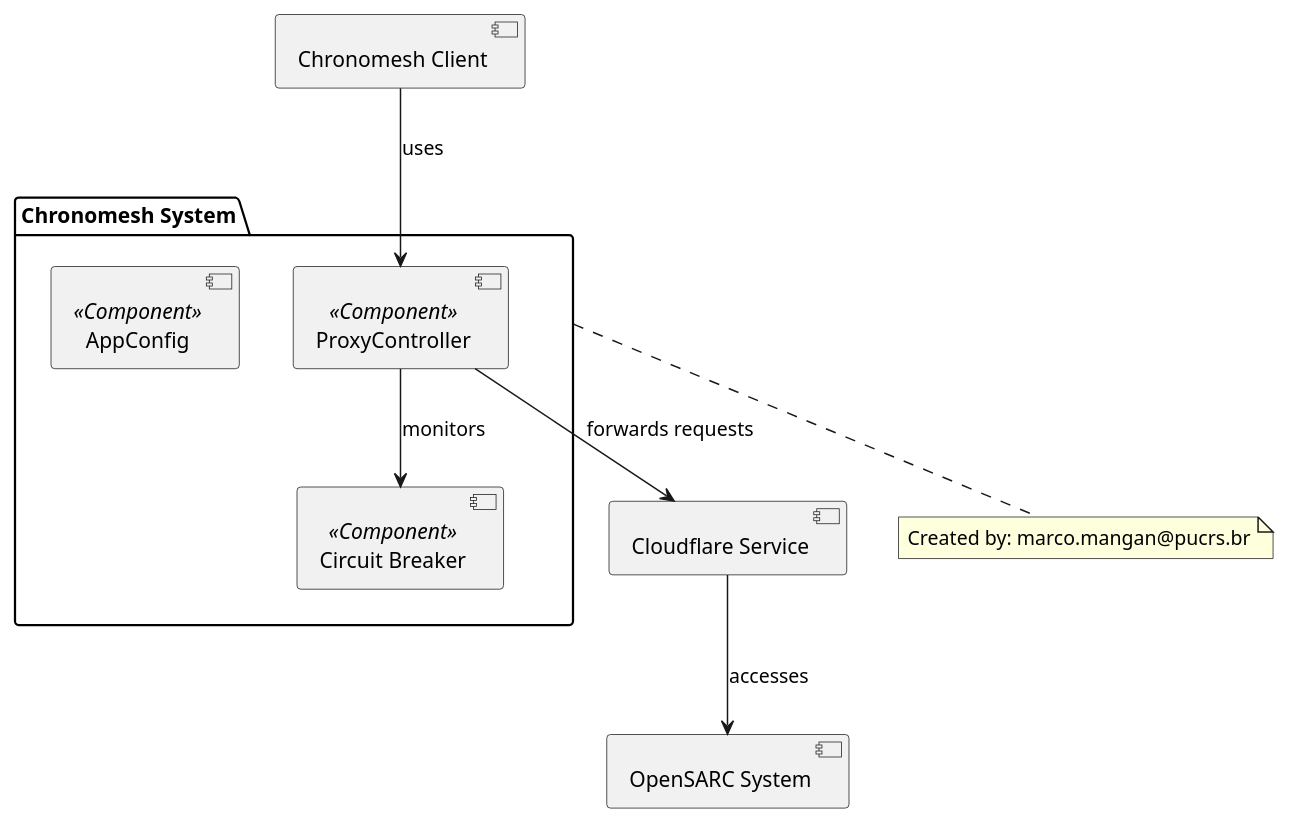
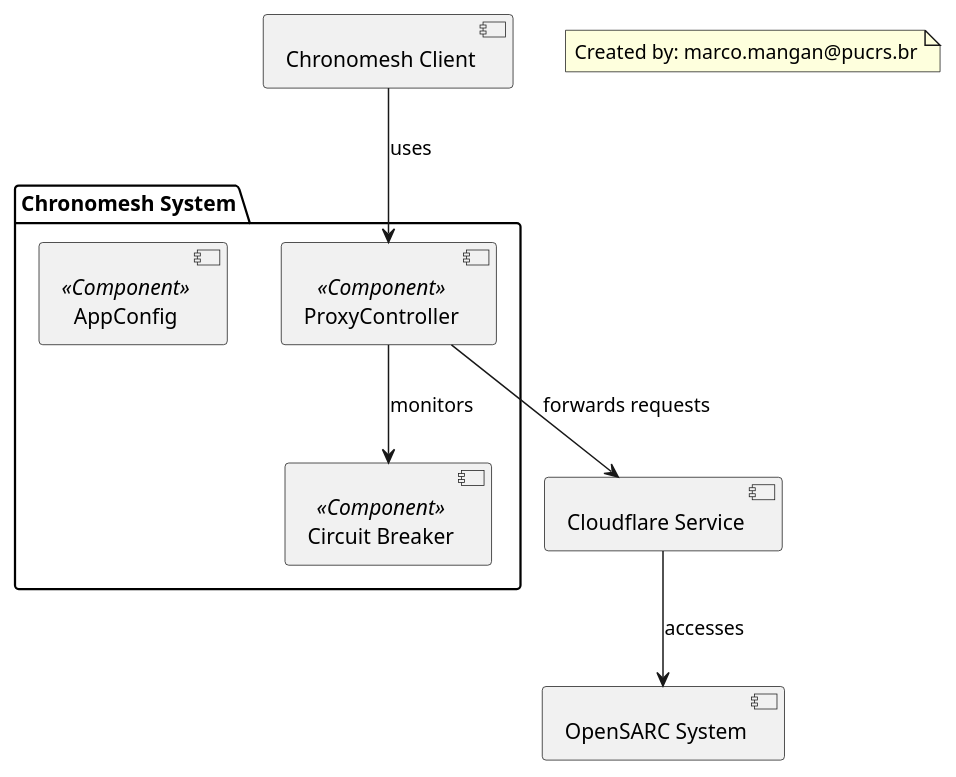
Before and after one commit to sarccloud/chronomesh: the diagram in docs/components.puml, drawn with PlantUML. The commit also changed 2 other files, not shown here.

Commit message:
This change modifies the anchor of diagram note.

```diff
--- a/docs/components.puml
+++ b/docs/components.puml
@@ -1,19 +1,19 @@
 @startuml
 ' Component Diagram for the system with Chronomesh Client, Cloudflare, and Circuit Breaker
 
 package "Chronomesh System" {
     [ProxyController] <<Component>>
     [AppConfig] <<Component>>
     [Circuit Breaker] <<Component>>
 }
 
 [Chronomesh Client] --> [ProxyController] : uses
 [ProxyController] --> [Circuit Breaker] : monitors
 [ProxyController] --> [Cloudflare Service] : forwards requests
 [Cloudflare Service] --> [OpenSARC System] : accesses
 
-note bottom of [Chronomesh System]
+note as A
   Created by: marco.mangan@pucrs.br
 end note
 
 @enduml
```
